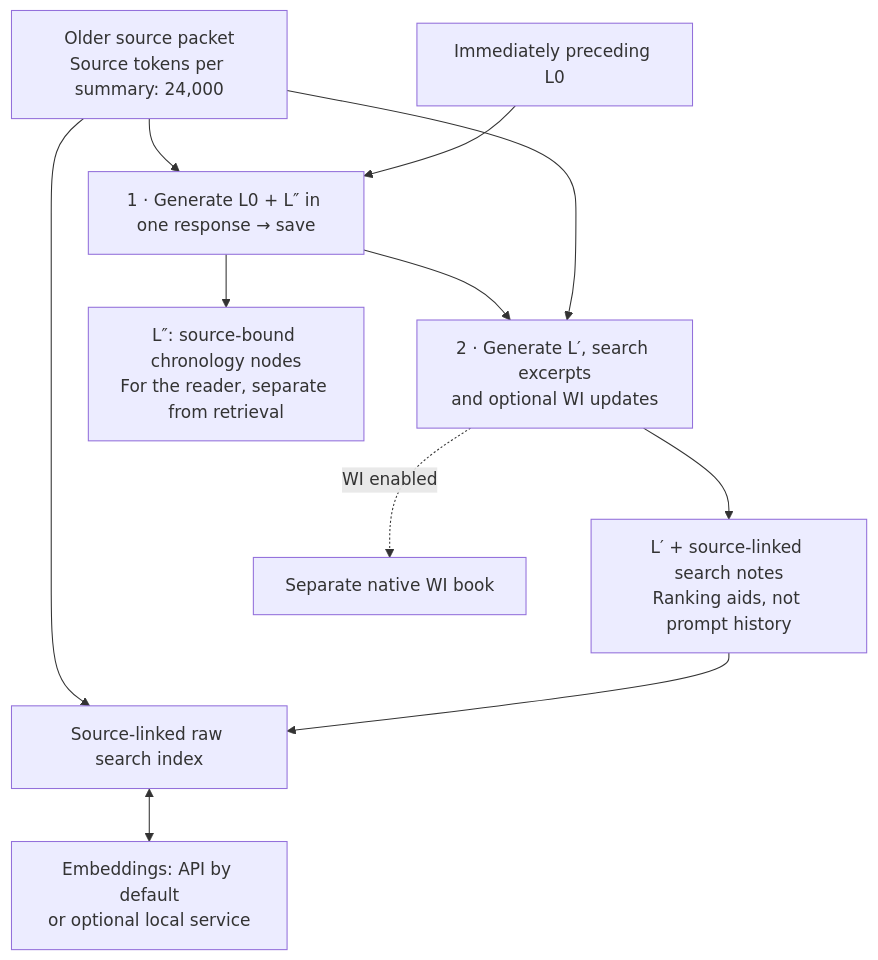
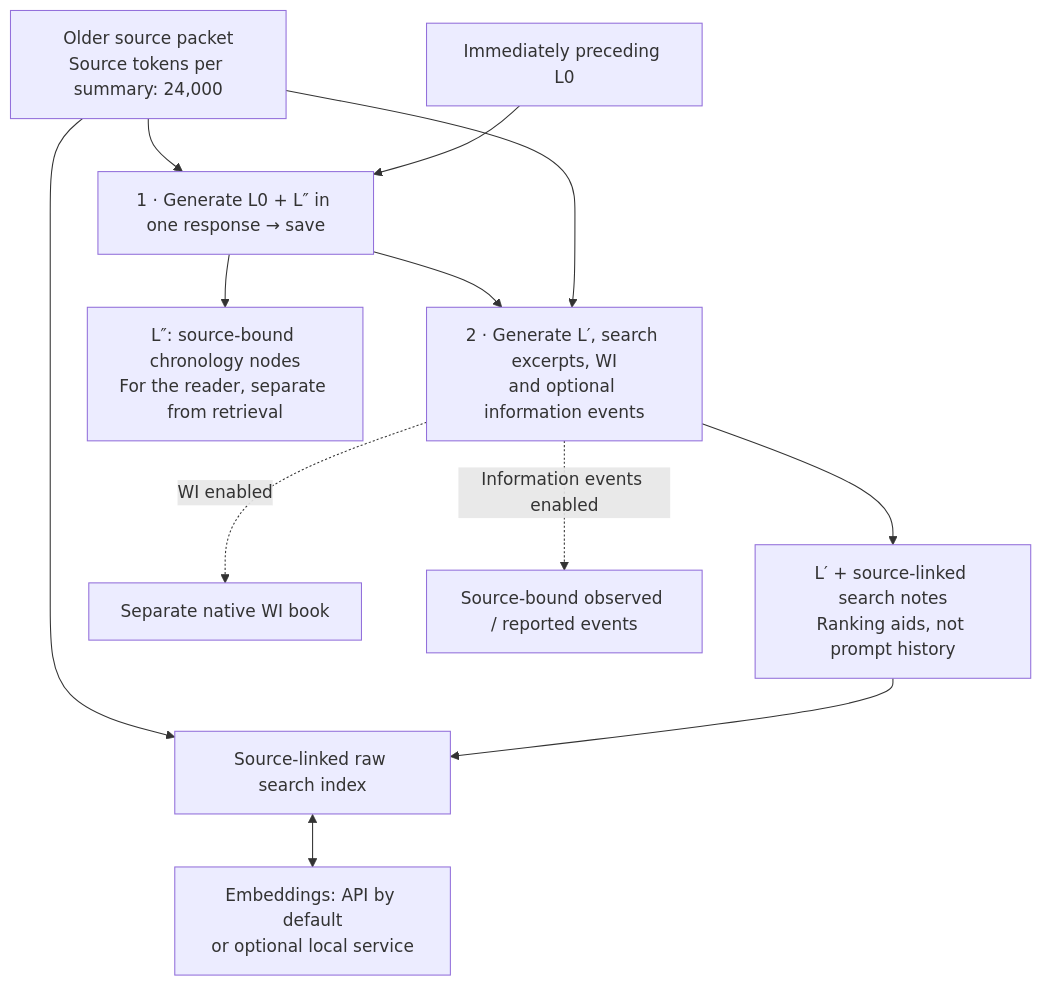
The first of 2 diagrams in README.md (Ilya626/Extension-WorldMemory), drawn with Mermaid before and after one commit. The commit also changed other lines of this file and 19 other files, not shown here.

````diff
--- a/README.md
+++ b/README.md
@@ -57,13 +67,14 @@
 ```mermaid
 flowchart TD
     O["Older source packet<br/>Source tokens per summary: 24,000"] --> A["1 · Generate L0 + L″ in one response → save"]
     P["Immediately preceding L0"] --> A
-    A --> B["2 · Generate L′, search excerpts<br/>and optional WI updates"]
+    A --> B["2 · Generate L′, search excerpts, WI<br/>and optional information events"]
     A --> K["L″: source-bound chronology nodes<br/>For the reader, separate from retrieval"]
     O --> B
     B --> N["L′ + source-linked search notes<br/>Ranking aids, not prompt history"]
     O --> I["Source-linked raw search index"]
     N --> I
     B -. "WI enabled" .-> W["Separate native WI book"]
+    B -. "Information events enabled" .-> V["Source-bound observed / reported events"]
     I <--> E["Embeddings: API by default<br/>or optional local service"]
 ```
````
